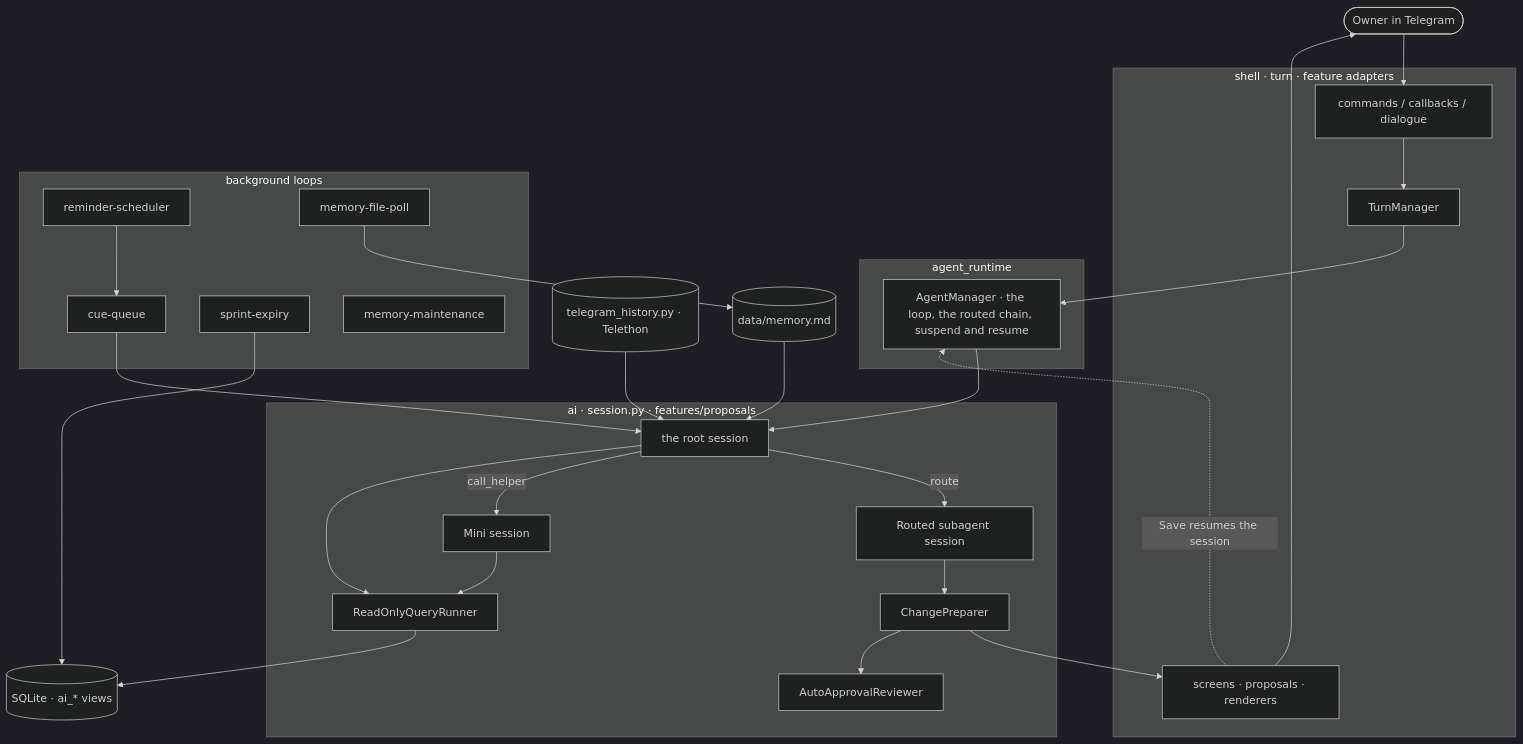
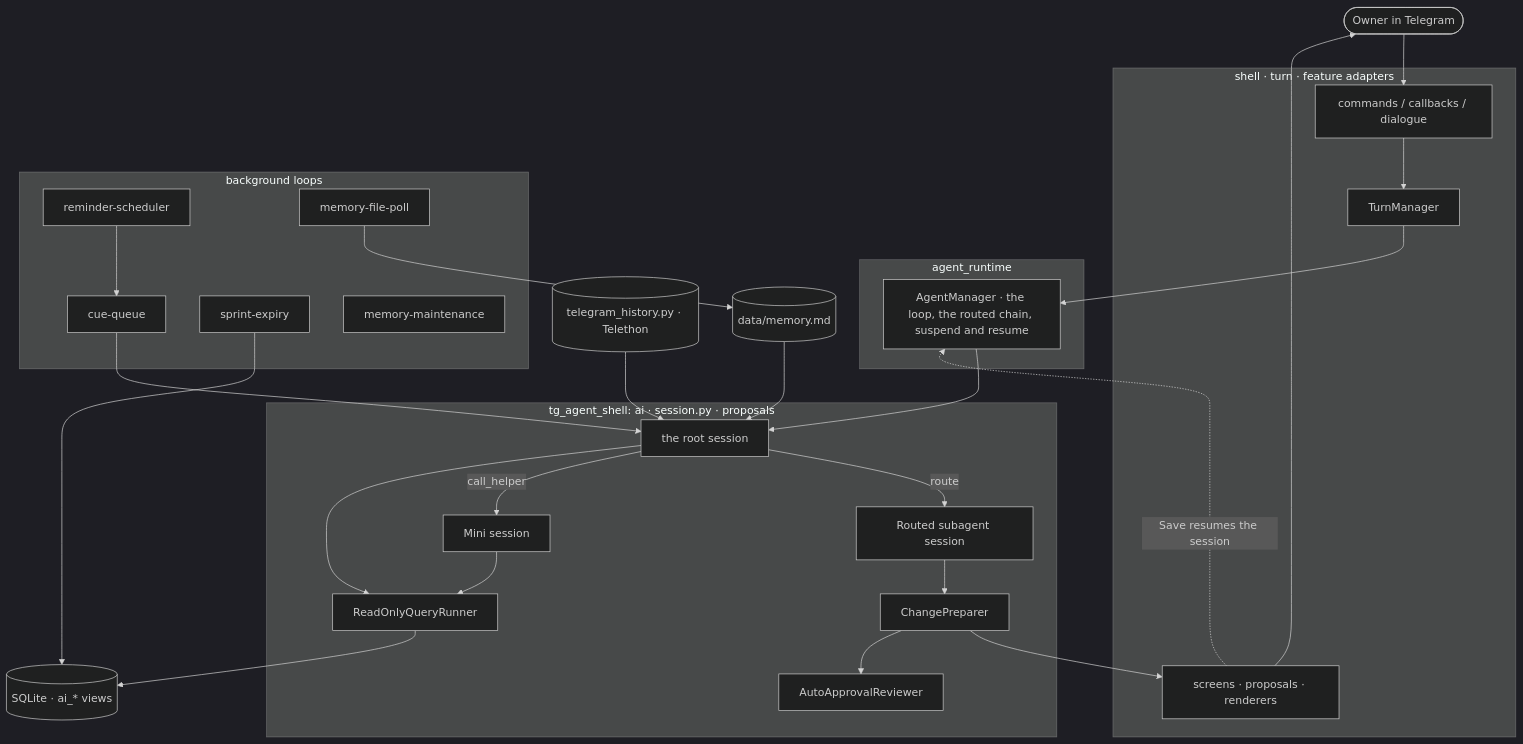
The first of 10 diagrams in docs/AGENT_ARCH.md (myvaheed/tg-ai-safwa), drawn with Mermaid (dark theme) before and after one commit. The commit also changed 255 other files, not shown here.

````diff
--- a/docs/AGENT_ARCH.md
+++ b/docs/AGENT_ARCH.md
@@ -10,46 +10,46 @@
 ```mermaid
 flowchart TB
     OWNER([Owner in Telegram])
     subgraph TG[shell · turn · feature adapters]
         HANDLERS[commands / callbacks / dialogue]
         GUARD[TurnManager]
         SCREENS[screens · proposals · renderers]
     end
     subgraph RT[agent_runtime]
         MGR[AgentManager · the loop, the routed chain, suspend and resume]
     end
-    subgraph AI[ai · session.py · features/proposals]
+    subgraph AI[tg_agent_shell: ai · session.py · proposals]
         ADV[the root session]
         SUB[Routed subagent session]
         MINI[Mini session]
         PREP[ChangePreparer]
         AUTO[AutoApprovalReviewer]
         SQL[ReadOnlyQueryRunner]
     end
     subgraph BG[background loops]
         CUE[cue-queue]
         REM[reminder-scheduler]
         SPR[sprint-expiry]
         MEMP[memory-file-poll]
         MEMM[memory-maintenance]
     end
     HIST[(telegram_history.py · Telethon)]
     MEM[(data/memory.md)]
     DB[(SQLite · ai_* views)]
 
     OWNER --> HANDLERS --> GUARD --> MGR
     MGR --> ADV
     SCREENS -.->|Save resumes the session| MGR
     ADV -->|route| SUB
     ADV -->|call_helper| MINI
     SUB --> PREP --> SCREENS --> OWNER
     PREP --> AUTO
     ADV --> SQL --> DB
     MINI --> SQL
     HIST --> ADV
     MEM --> ADV
     CUE --> ADV
     REM --> CUE
     SPR --> DB
     MEMP --> MEM
 ```
````
